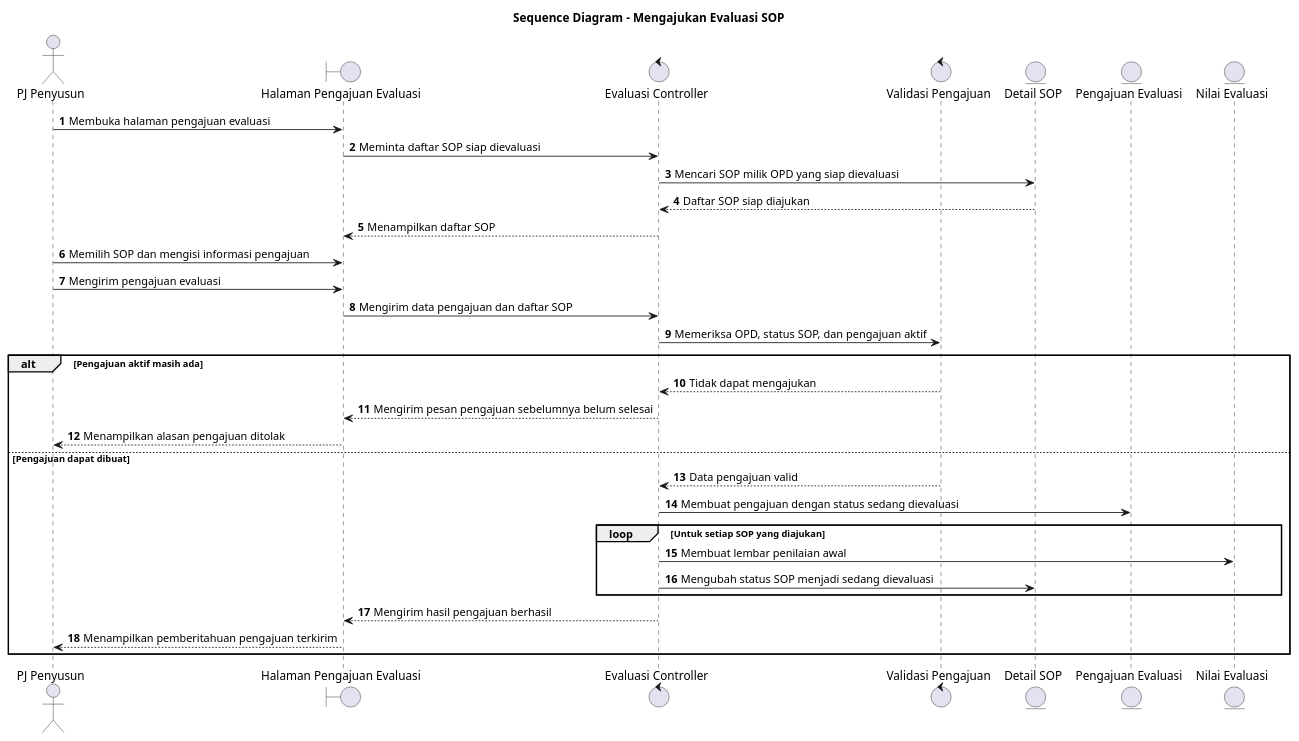
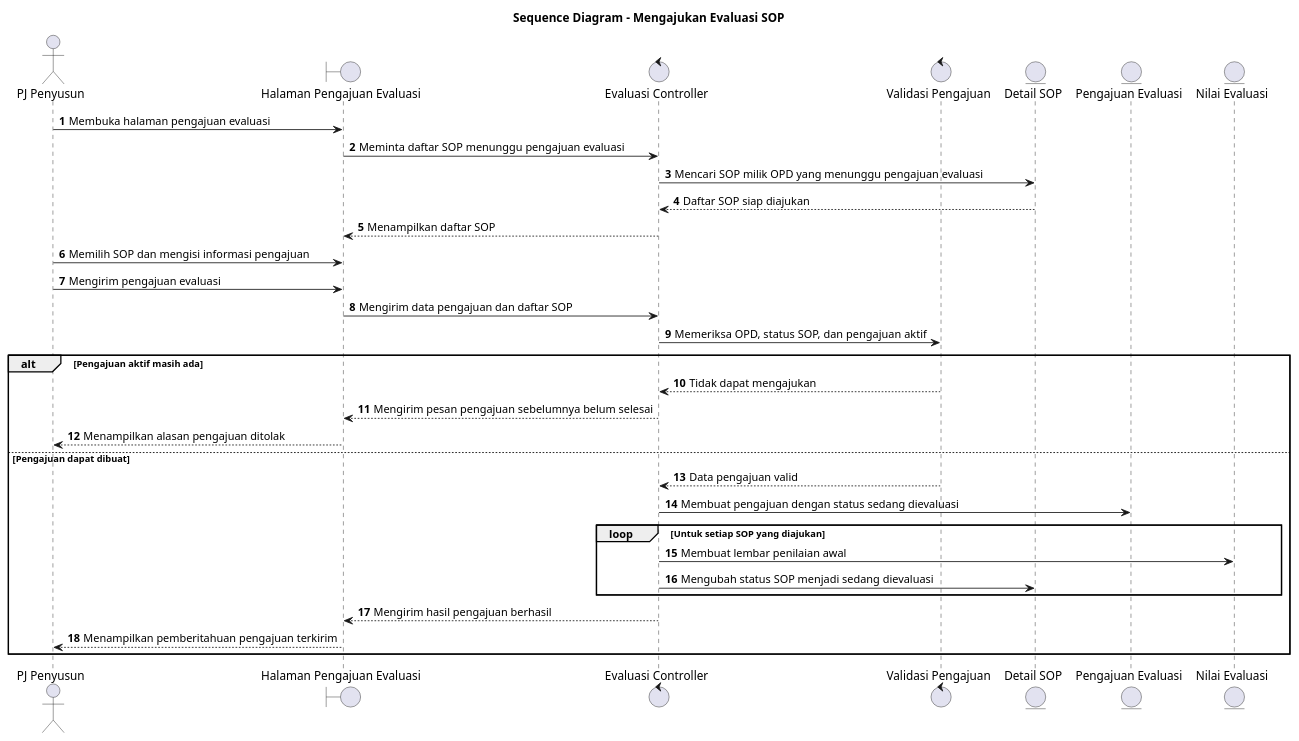
One commit to howlil/sop-generate-app changed the diagram in docs/sequence/pj-penyusun-mengajukan-evaluasi-sop.md. Above: the diagram before and after it, drawn with PlantUML. The commit also changed 186 other files, not shown here.

````diff
--- a/docs/sequence/pj-penyusun-mengajukan-evaluasi-sop.md
+++ b/docs/sequence/pj-penyusun-mengajukan-evaluasi-sop.md
@@ -16,41 +16,41 @@
 ```plantuml
 @startuml
 title Sequence Diagram - Mengajukan Evaluasi SOP
 autonumber
 
 actor "PJ Penyusun" as Aktor
 boundary "Halaman Pengajuan Evaluasi" as UI
 control "Evaluasi Controller" as EvalCtrl
 control "Validasi Pengajuan" as Validasi
 entity "Detail SOP" as Detail
 entity "Pengajuan Evaluasi" as Pengajuan
 entity "Nilai Evaluasi" as Nilai
 
 Aktor -> UI : Membuka halaman pengajuan evaluasi
-UI -> EvalCtrl : Meminta daftar SOP siap dievaluasi
-EvalCtrl -> Detail : Mencari SOP milik OPD yang siap dievaluasi
+UI -> EvalCtrl : Meminta daftar SOP menunggu pengajuan evaluasi
+EvalCtrl -> Detail : Mencari SOP milik OPD yang menunggu pengajuan evaluasi
 Detail --> EvalCtrl : Daftar SOP siap diajukan
 EvalCtrl --> UI : Menampilkan daftar SOP
 
 Aktor -> UI : Memilih SOP dan mengisi informasi pengajuan
 Aktor -> UI : Mengirim pengajuan evaluasi
 UI -> EvalCtrl : Mengirim data pengajuan dan daftar SOP
 EvalCtrl -> Validasi : Memeriksa OPD, status SOP, dan pengajuan aktif
 
 alt Pengajuan aktif masih ada
   Validasi --> EvalCtrl : Tidak dapat mengajukan
   EvalCtrl --> UI : Mengirim pesan pengajuan sebelumnya belum selesai
   UI --> Aktor : Menampilkan alasan pengajuan ditolak
 else Pengajuan dapat dibuat
   Validasi --> EvalCtrl : Data pengajuan valid
   EvalCtrl -> Pengajuan : Membuat pengajuan dengan status sedang dievaluasi
   loop Untuk setiap SOP yang diajukan
     EvalCtrl -> Nilai : Membuat lembar penilaian awal
     EvalCtrl -> Detail : Mengubah status SOP menjadi sedang dievaluasi
   end
   EvalCtrl --> UI : Mengirim hasil pengajuan berhasil
   UI --> Aktor : Menampilkan pemberitahuan pengajuan terkirim
 end
 
 @enduml
 ```
````
